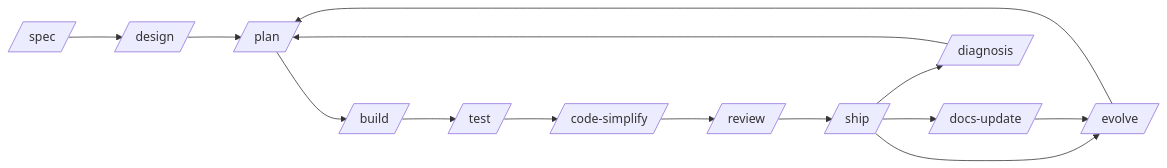
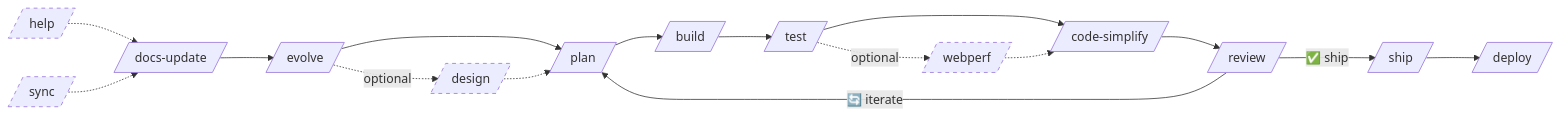
One commit to Fisherk2/codice-opencode changed the second of 4 diagrams in docs/wiki-source/Commands.md. Above: the diagram before and after it, drawn with Mermaid. The commit also changed other lines of this file and 27 other files, not shown here.

````diff
--- a/docs/wiki-source/Commands.md
+++ b/docs/wiki-source/Commands.md
@@ -9,16 +40,23 @@
 ```mermaid
 flowchart LR
-    A[/spec/] --> B[/design/]
-    B --> C[/plan/]
-    C --> D[/build/]
-    D --> E[/test/]
-    E --> F[/code-simplify/]
-    F --> G[/review/]
-    G --> H[/ship/]
-    H --> I[/docs-update/]
-    H --> J[/diagnosis/]
-    H --> K[/evolve/]
-    K --> C
-    I --> K
-    J --> C
+    DU[/docs-update/] --> EV[/evolve/]
+    EV --> P[/plan/]
+    EV -.->|optional| D[/design/]
+    D -.-> P
+    P --> B[/build/]
+    B --> T[/test/]
+    T --> CS[/code-simplify/]
+    T -.->|optional| W[/webperf/]
+    W -.-> CS
+    CS --> R[/review/]
+    R -->|"🔄 iterate"| P
+    R -->|"✅ ship"| SH[/ship/]
+    SH --> DEP[/deploy/]
+    H0[/help/] -.-> DU
+    SYN[/sync/] -.-> DU
+
+    style D stroke-dasharray: 5 5
+    style W stroke-dasharray: 5 5
+    style H0 stroke-dasharray: 5 5
+    style SYN stroke-dasharray: 5 5
 ```
````
